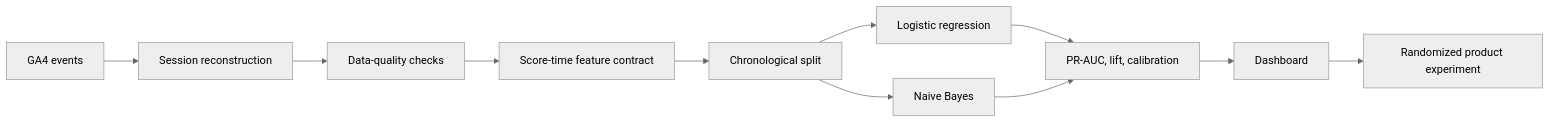
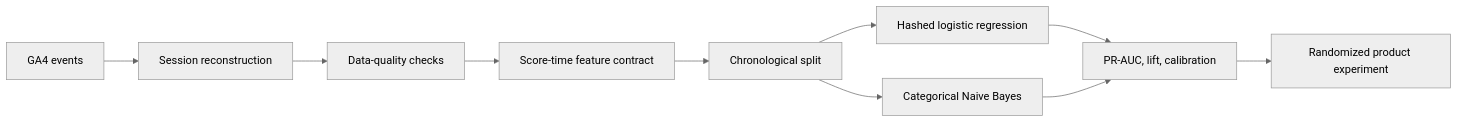
Before and after one commit to Nanase1994/ecommerce-conversion-analytics: the diagram in README.md, drawn with Mermaid (neutral theme). The commit also changed other lines of this file, not shown here.

````diff
--- a/README.md
+++ b/README.md
@@ -78,13 +56,12 @@
 ```mermaid
 flowchart LR
     A["GA4 events"] --> B["Session reconstruction"]
     B --> C["Data-quality checks"]
     C --> D["Score-time feature contract"]
     D --> E["Chronological split"]
-    E --> F["Logistic regression"]
-    E --> G["Naive Bayes"]
+    E --> F["Hashed logistic regression"]
+    E --> G["Categorical Naive Bayes"]
     F --> H["PR-AUC, lift, calibration"]
     G --> H
-    H --> I["Dashboard"]
-    I --> J["Randomized product experiment"]
+    H --> I["Randomized product experiment"]
 ```
````
